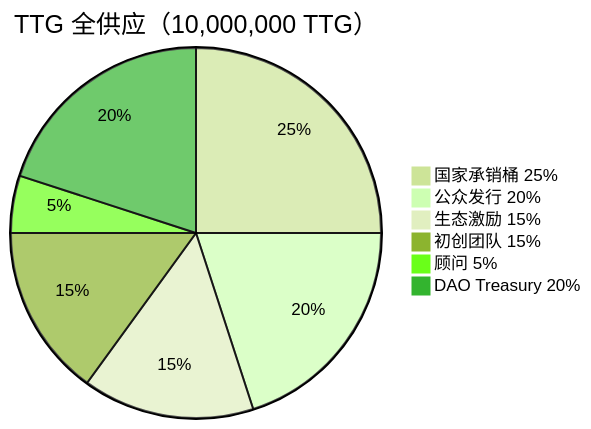
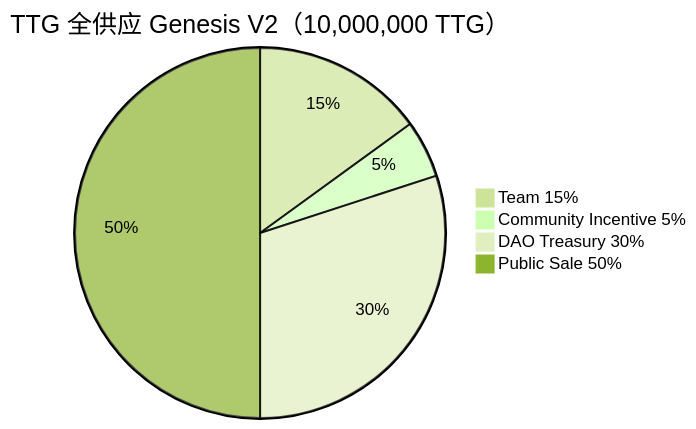
The first of 12 diagrams in docs/spec/governance-token/ttg-allocation-permissions-flows-ssot-v1.md (wejfiowej124234/TT-video), drawn with Mermaid (forest theme) before and after one commit. The commit also changed other lines of this file and 42 other files, not shown here.

````diff
--- a/docs/spec/governance-token/ttg-allocation-permissions-flows-ssot-v1.md
+++ b/docs/spec/governance-token/ttg-allocation-permissions-flows-ssot-v1.md
@@ -65,9 +68,7 @@
 ```mermaid
-pie title TTG 全供应（10,000,000 TTG）
-  "国家承销桶 25%" : 25
-  "公众发行 20%" : 20
-  "生态激励 15%" : 15
-  "初创团队 15%" : 15
-  "顾问 5%" : 5
-  "DAO Treasury 20%" : 20
+pie title TTG 全供应 Genesis V2（10,000,000 TTG）
+  "Team 15%" : 15
+  "Community Incentive 5%" : 5
+  "DAO Treasury 30%" : 30
+  "Public Sale 50%" : 50
 ```
````
